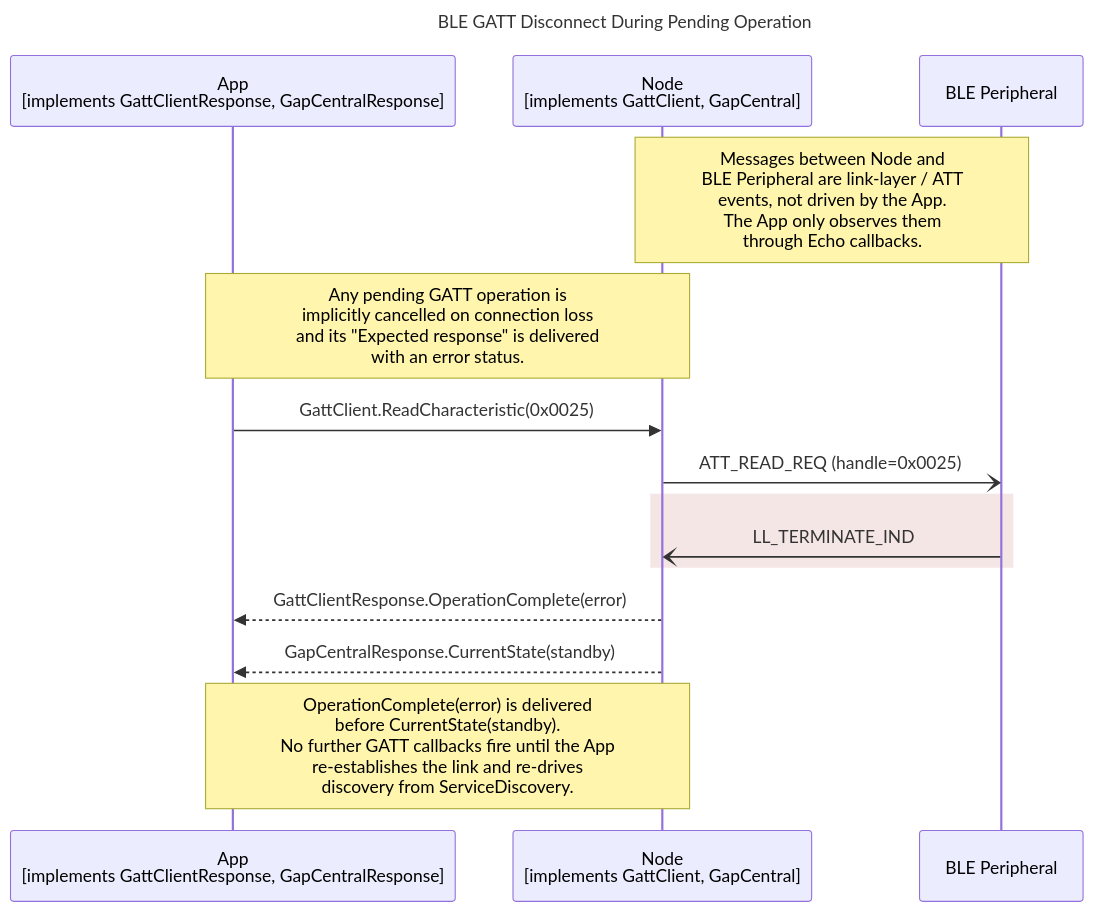
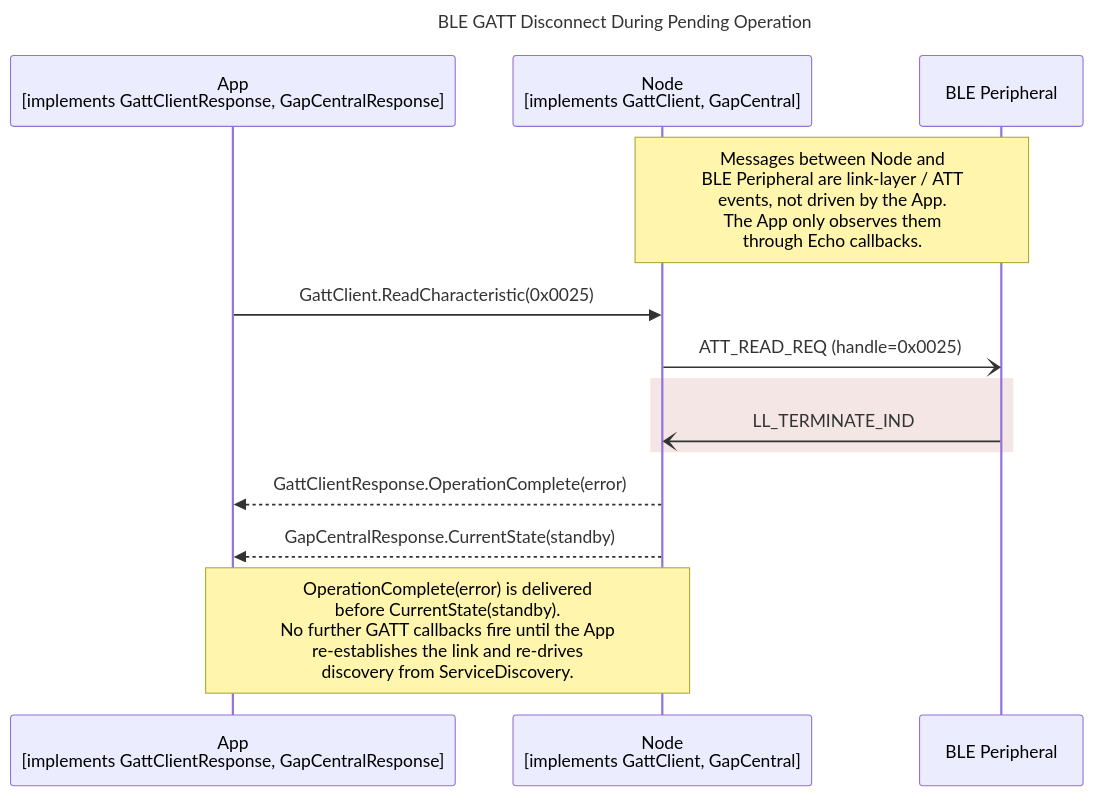
One commit to philips-software/amp-embedded-infra-lib changed the diagram in documents/modules/ROOT/partials/echoservices/gatt_client/GattClient_DisconnectDuringOperation_sequence.mmd. Above: the diagram before and after it, drawn with Mermaid. The commit also changed 16 other files, not shown here.

```diff
--- a/documents/modules/ROOT/partials/echoservices/gatt_client/GattClient_DisconnectDuringOperation_sequence.mmd
+++ b/documents/modules/ROOT/partials/echoservices/gatt_client/GattClient_DisconnectDuringOperation_sequence.mmd
@@ -1,20 +1,19 @@
 sequenceDiagram
     title BLE GATT Disconnect During Pending Operation
 
     participant App as App<br>[implements GattClientResponse, GapCentralResponse]
     participant Node as Node<br>[implements GattClient, GapCentral]
     participant Peripheral as BLE Peripheral
 
     Note over Node, Peripheral: Messages between Node and<br>BLE Peripheral are link-layer / ATT<br>events, not driven by the App.<br>The App only observes them<br>through Echo callbacks.
-    Note over App, Node: Any pending GATT operation is<br>implicitly cancelled on connection loss<br>and its "Expected response" is delivered<br>with an error status.
 
     App->>Node: GattClient.ReadCharacteristic(0x0025)
     Node-)Peripheral: ATT_READ_REQ (handle=0x0025)
 
     rect rgb(245, 230, 230)
         Peripheral-)Node: LL_TERMINATE_IND
     end
 
     Node-->>App: GattClientResponse.OperationComplete(error)
     Node-->>App: GapCentralResponse.CurrentState(standby)
     Note over App, Node: OperationComplete(error) is delivered<br>before CurrentState(standby).<br>No further GATT callbacks fire until the App<br>re-establishes the link and re-drives<br>discovery from ServiceDiscovery.
```
